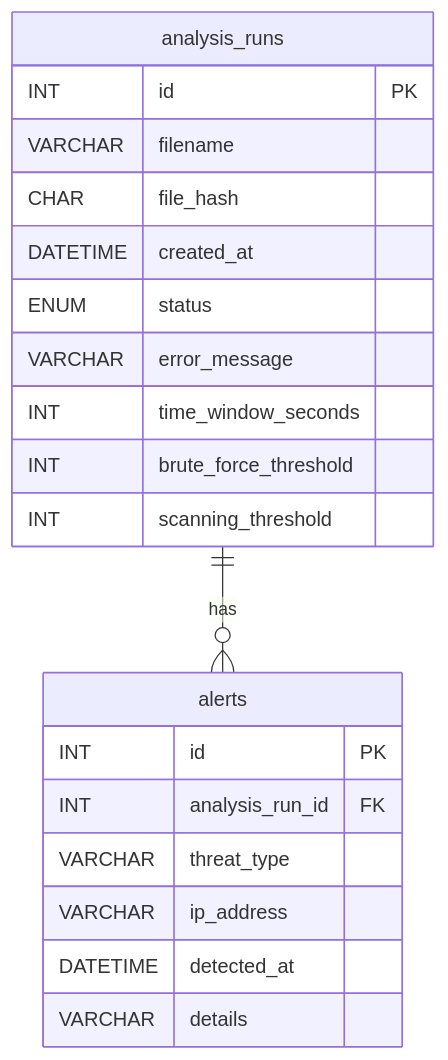
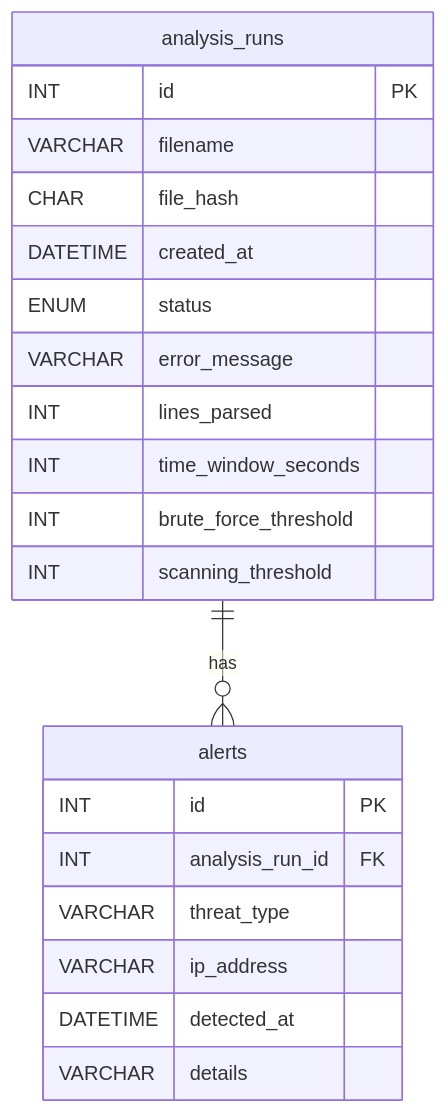
The third of 3 diagrams in docs/DESIGN.md (naamaovd-code/log-threat-analyzer), drawn with Mermaid before and after one commit. The commit also changed other lines of this file, not shown here.

First line of the commit message:
Design: history by analysis date, alerts per run, lines_parsed

````diff
--- a/docs/DESIGN.md
+++ b/docs/DESIGN.md
@@ -126,23 +141,24 @@
 ```mermaid
 erDiagram
     analysis_runs ||--o{ alerts : "has"
     analysis_runs {
         INT id PK
         VARCHAR filename
         CHAR file_hash
         DATETIME created_at
         ENUM status
         VARCHAR error_message
+        INT lines_parsed
         INT time_window_seconds
         INT brute_force_threshold
         INT scanning_threshold
     }
     alerts {
         INT id PK
         INT analysis_run_id FK
         VARCHAR threat_type
         VARCHAR ip_address
         DATETIME detected_at
         VARCHAR details
     }
 ```
````
